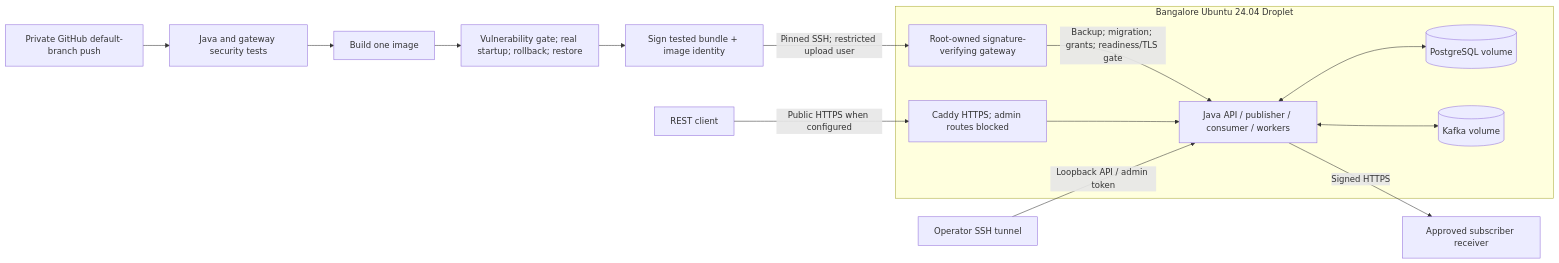
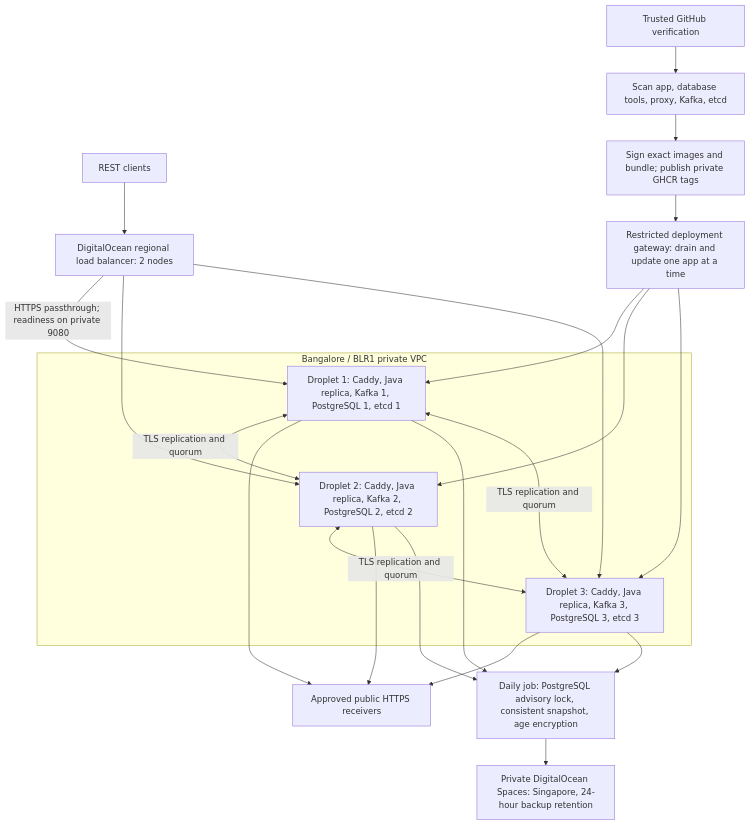
One commit to Sahil2237/notification-fanout changed the third of 3 diagrams in docs/architecture.md. Above: the diagram before and after it, drawn with Mermaid. The commit also changed other lines of this file and 7 other files, not shown here.

````diff
--- a/docs/architecture.md
+++ b/docs/architecture.md
@@ -56,18 +56,28 @@
 ```mermaid
-flowchart LR
- G[Private GitHub default-branch push] --> T[Java and gateway security tests]
- T --> B[Build one image]
- B --> V[Vulnerability gate; real startup; rollback; restore]
- V --> S[Sign tested bundle + image identity]
- S -->|Pinned SSH; restricted upload user| R[Root-owned signature-verifying gateway]
- R -->|Backup; migration; grants; readiness/TLS gate| A
- subgraph Host[Bangalore Ubuntu 24.04 Droplet]
-  R
-  X[Caddy HTTPS; admin routes blocked] --> A[Java API / publisher / consumer / workers]
-  A <--> D[(PostgreSQL volume)]
-  A <--> K[(Kafka volume)]
+flowchart TB
+ U[REST clients] --> LB[DigitalOcean regional load balancer: 2 nodes]
+ subgraph BLR[Bangalore / BLR1 private VPC]
+  N1[Droplet 1: Caddy, Java replica, Kafka 1, PostgreSQL 1, etcd 1]
+  N2[Droplet 2: Caddy, Java replica, Kafka 2, PostgreSQL 2, etcd 2]
+  N3[Droplet 3: Caddy, Java replica, Kafka 3, PostgreSQL 3, etcd 3]
+  N1 <-->|TLS replication and quorum| N2
+  N2 <-->|TLS replication and quorum| N3
+  N3 <-->|TLS replication and quorum| N1
  end
- U[REST client] -->|Public HTTPS when configured| X
- M[Operator SSH tunnel] -->|Loopback API / admin token| A
- A -->|Signed HTTPS| H[Approved subscriber receiver]
+ LB -->|HTTPS passthrough; readiness on private 9080| N1
+ LB --> N2
+ LB --> N3
+ N1 --> H[Approved public HTTPS receivers]
+ N2 --> H
+ N3 --> H
+ N1 --> B[Daily job: PostgreSQL advisory lock, consistent snapshot, age encryption]
+ N2 --> B
+ N3 --> B
+ B --> S[Private DigitalOcean Spaces: Singapore, 24-hour backup retention]
+ G[Trusted GitHub verification] --> V[Scan app, database tools, proxy, Kafka, etcd]
+ V --> P[Sign exact images and bundle; publish private GHCR tags]
+ P --> R[Restricted deployment gateway: drain and update one app at a time]
+ R --> N1
+ R --> N2
+ R --> N3
 ```
````
